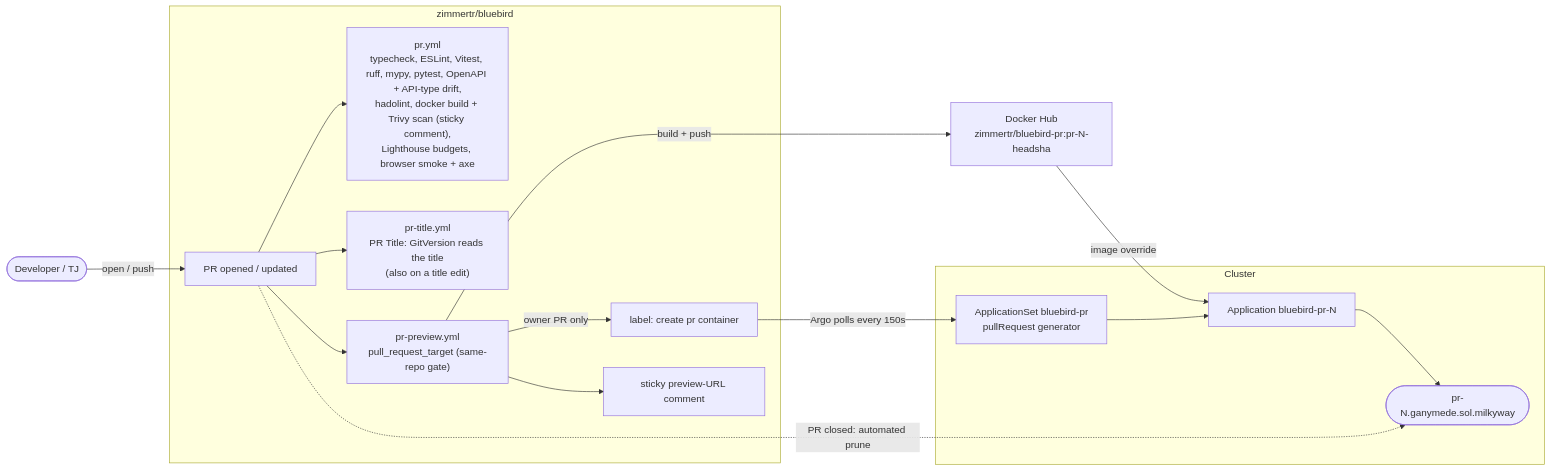
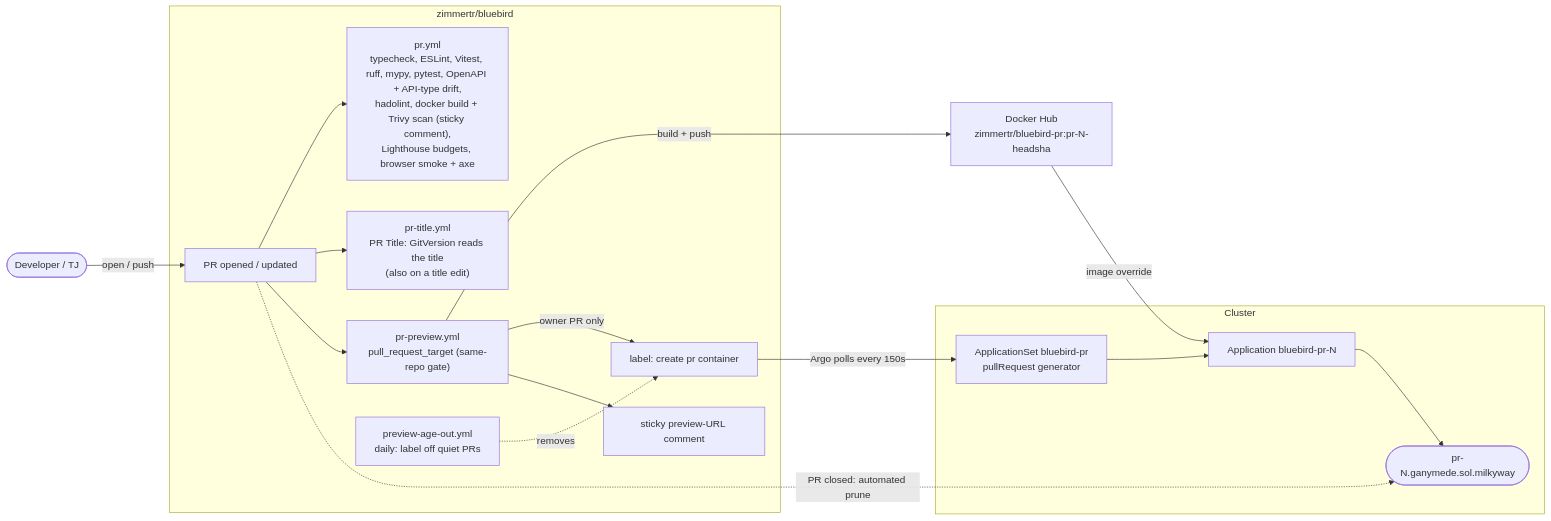
Before and after one commit to zimmertr/bluebird: the fourth of 6 diagrams in docs/CICD.md, drawn with Mermaid. The commit also changed other lines of this file and 4 other files, not shown here.

First line of the commit message:
ci: age out preview environments after 14 days without an update (#656)

````diff
--- a/docs/CICD.md
+++ b/docs/CICD.md
@@ -1080,34 +1080,36 @@
 ```mermaid
 flowchart LR
     dev(["Developer / TJ"])
 
     subgraph BB["zimmertr/bluebird"]
         pr["PR opened / updated"]
         checks["pr.yml<br/>typecheck, ESLint, Vitest, ruff, mypy, pytest, OpenAPI + API-type drift,<br/>hadolint, docker build + Trivy scan (sticky comment),<br/>Lighthouse budgets, browser smoke + axe"]
         title["pr-title.yml<br/>PR Title: GitVersion reads the title<br/>(also on a title edit)"]
         preview["pr-preview.yml<br/>pull_request_target (same-repo gate)"]
         label["label: create pr container"]
         comment["sticky preview-URL comment"]
+        ageout["preview-age-out.yml<br/>daily: label off quiet PRs"]
     end
 
     dhpr["Docker Hub<br/>zimmertr/bluebird-pr:pr-N-headsha"]
 
     subgraph CL["Cluster"]
         appset["ApplicationSet bluebird-pr<br/>pullRequest generator"]
         app["Application bluebird-pr-N"]
         env(["pr-N.ganymede.sol.milkyway"])
     end
 
     dev -->|open / push| pr
     pr --> checks
     pr --> title
     pr --> preview
     preview -->|build + push| dhpr
     preview -->|owner PR only| label
     preview --> comment
     label -->|Argo polls every 150s| appset
     appset --> app
     dhpr -->|image override| app
     app --> env
     pr -.->|PR closed: automated prune| env
+    ageout -.->|removes| label
 ```
````
